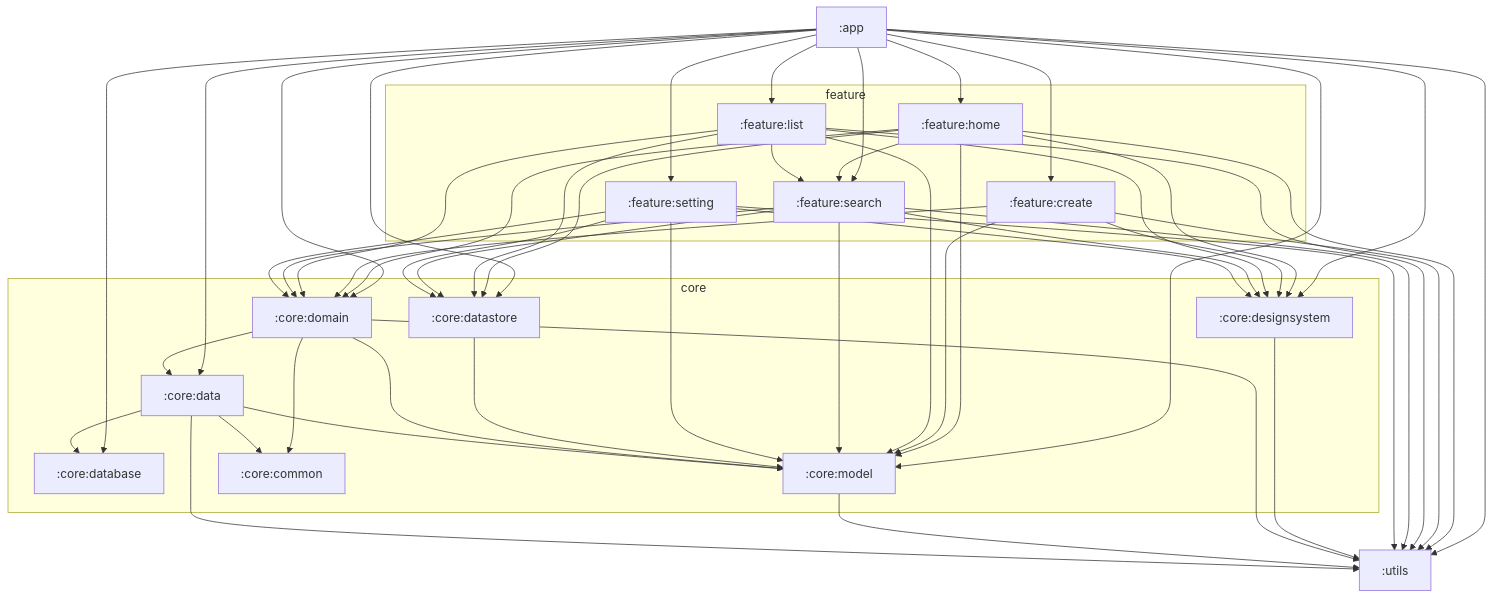
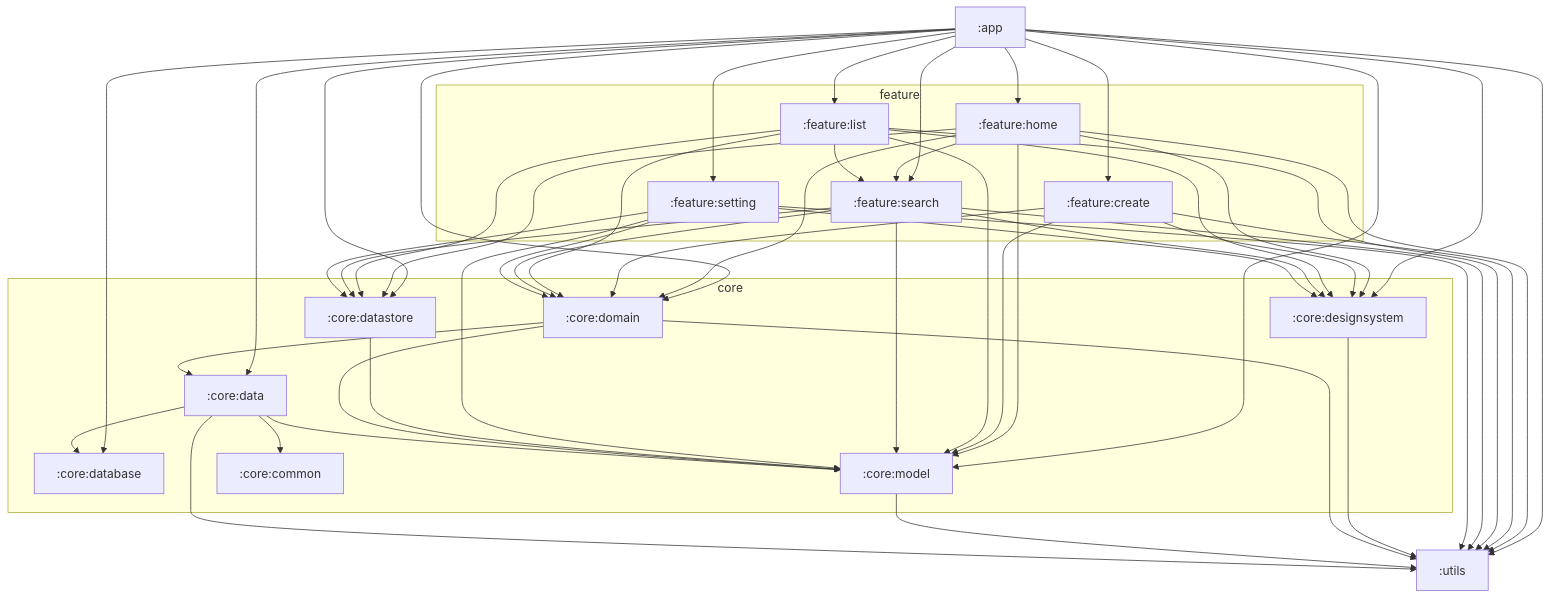
The diagram in module/app.md (HakusFactory/hakusfactory.github.io), drawn with Mermaid before and after one commit. The commit also changed 5 other files, not shown here.

```diff
--- a/module/app.md
+++ b/module/app.md
@@ -70,7 +70,6 @@
 
 designsystem --> utils
 
-domain --> common
 domain --> model
 domain --> data
 domain --> utils
```
